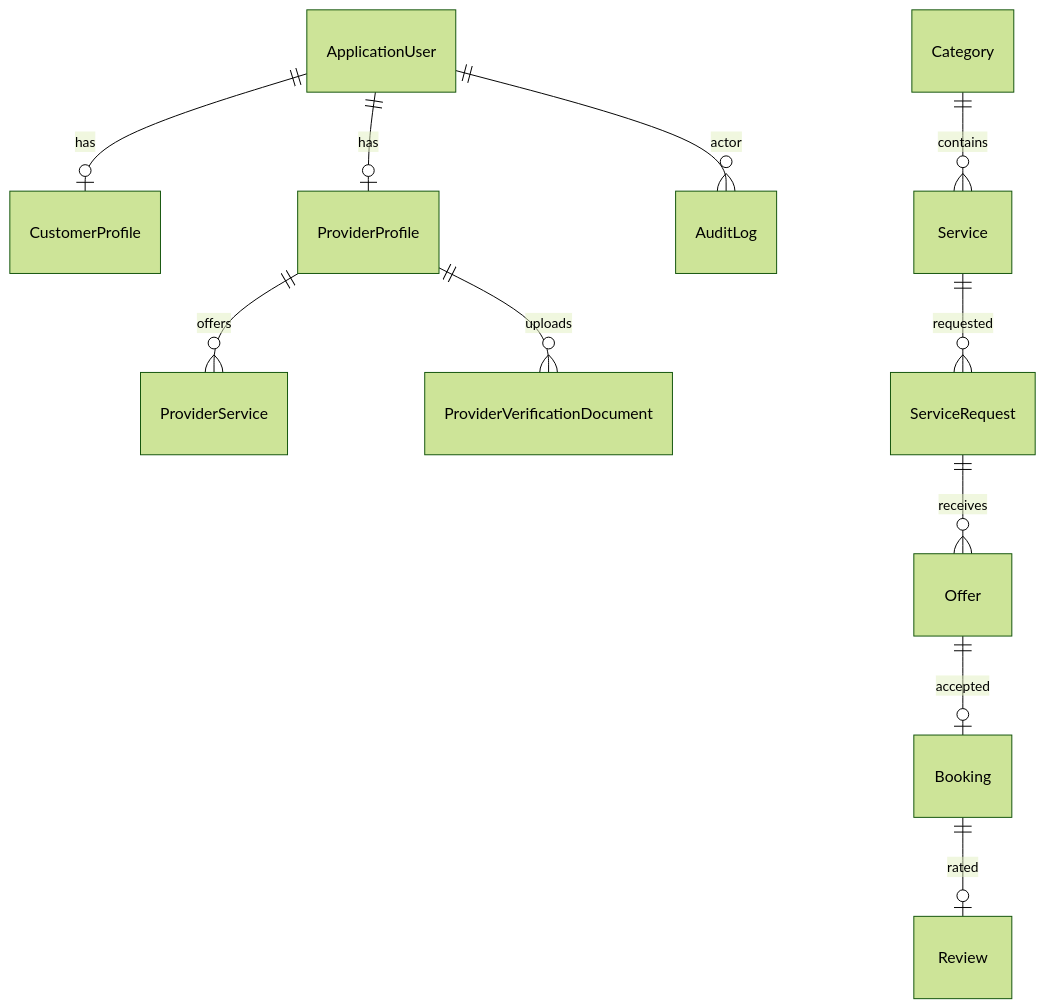
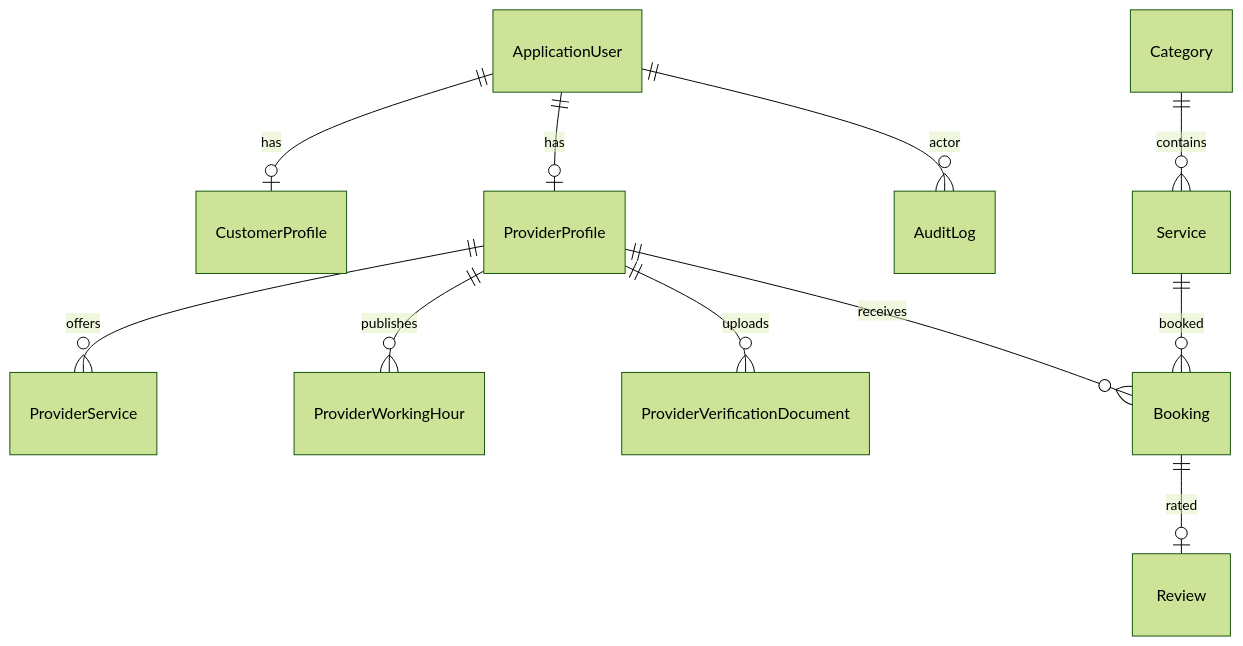
The second of 2 diagrams in README.md (AnasQalalwa/khidma), drawn with Mermaid (forest theme) before and after one commit. The commit also changed other lines of this file and 244 other files, not shown here.

First line of the commit message:
Replace the request flow with direct booking, schedules, and catalog editing.

````diff
--- a/README.md
+++ b/README.md
@@ -155,13 +155,13 @@
 ```mermaid
 erDiagram
   ApplicationUser ||--o| CustomerProfile : has
   ApplicationUser ||--o| ProviderProfile : has
   ProviderProfile ||--o{ ProviderService : offers
+  ProviderProfile ||--o{ ProviderWorkingHour : publishes
   ProviderProfile ||--o{ ProviderVerificationDocument : uploads
   Category ||--o{ Service : contains
-  Service ||--o{ ServiceRequest : requested
-  ServiceRequest ||--o{ Offer : receives
-  Offer ||--o| Booking : accepted
+  Service ||--o{ Booking : booked
+  ProviderProfile ||--o{ Booking : receives
   Booking ||--o| Review : rated
   ApplicationUser ||--o{ AuditLog : actor
 ```
````
